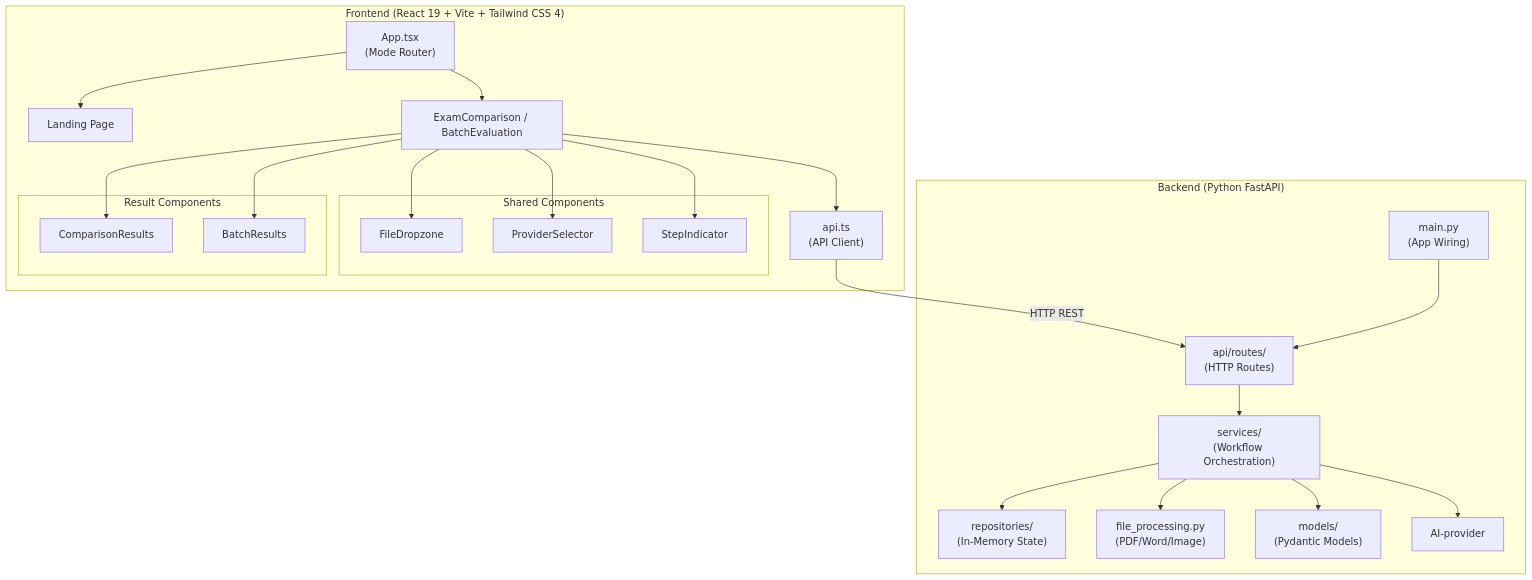
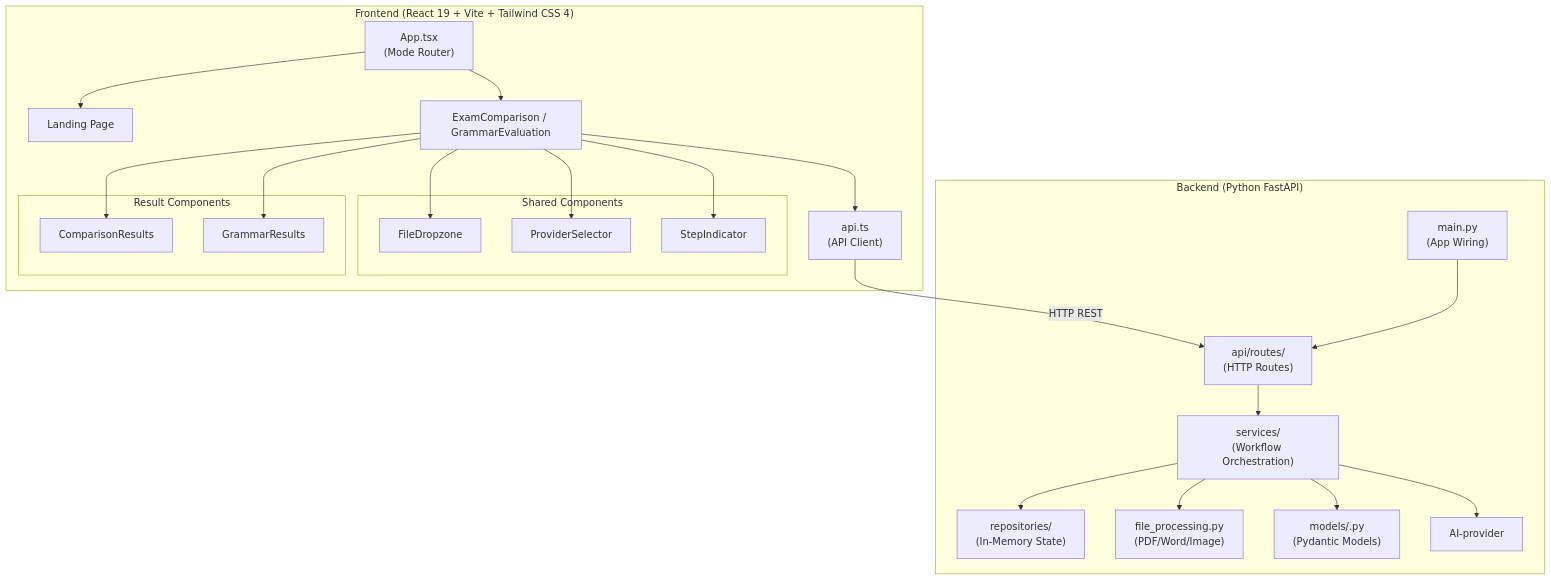
The first of 6 diagrams in docs/ARCHITECTURE.md (franciscosuca/exan), drawn with Mermaid before and after one commit. The commit also changed other lines of this file and 34 other files, not shown here.

Commit message:
refactor: align the name of the endpoints for grammar and exam evaluations.

````diff
--- a/docs/ARCHITECTURE.md
+++ b/docs/ARCHITECTURE.md
@@ -77,48 +77,48 @@
 ```mermaid
 graph TB
     subgraph Frontend["Frontend (React 19 + Vite + Tailwind CSS 4)"]
         App["App.tsx<br/>(Mode Router)"]
         Landing["Landing Page"]
-        Eval["ExamComparison / BatchEvaluation"]
+        Eval["ExamComparison / GrammarEvaluation"]
         
         subgraph SharedComponents["Shared Components"]
             FD["FileDropzone"]
             PS["ProviderSelector"]
             SI["StepIndicator"]
         end
         
         subgraph ResultComponents["Result Components"]
             CR["ComparisonResults"]
-            BR["BatchResults"]
+            BR["GrammarResults"]
         end
         
         API["api.ts<br/>(API Client)"]
     end
     
     subgraph Backend["Backend (Python FastAPI)"]
         Main["main.py<br/>(App Wiring)"]
         Routers["api/routes/<br/>(HTTP Routes)"]
         Services["services/<br/>(Workflow Orchestration)"]
         Repository["repositories/<br/>(In-Memory State)"]
         FP["file_processing.py<br/>(PDF/Word/Image)"]
-        Models["models/<br/>(Pydantic Models)"]
+        Models["models/<domain>.py<br/>(Pydantic Models)"]
         AI["AI-provider"]
     end
 
     App --> Landing
     App --> Eval
     Eval --> FD
     Eval --> PS
     Eval --> SI
     Eval --> CR
     Eval --> BR
     Eval --> API
     
     API -->|HTTP REST| Routers
     Main --> Routers
     Routers --> Services
     Services --> Repository
     Services --> FP
     Services --> Models
     Services --> AI
 ```
````
